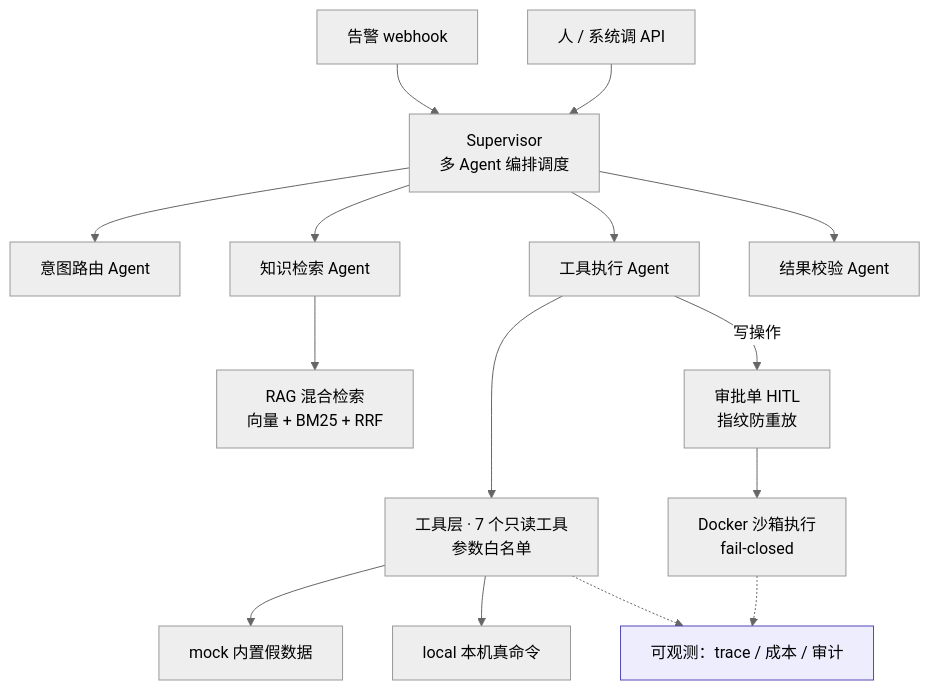
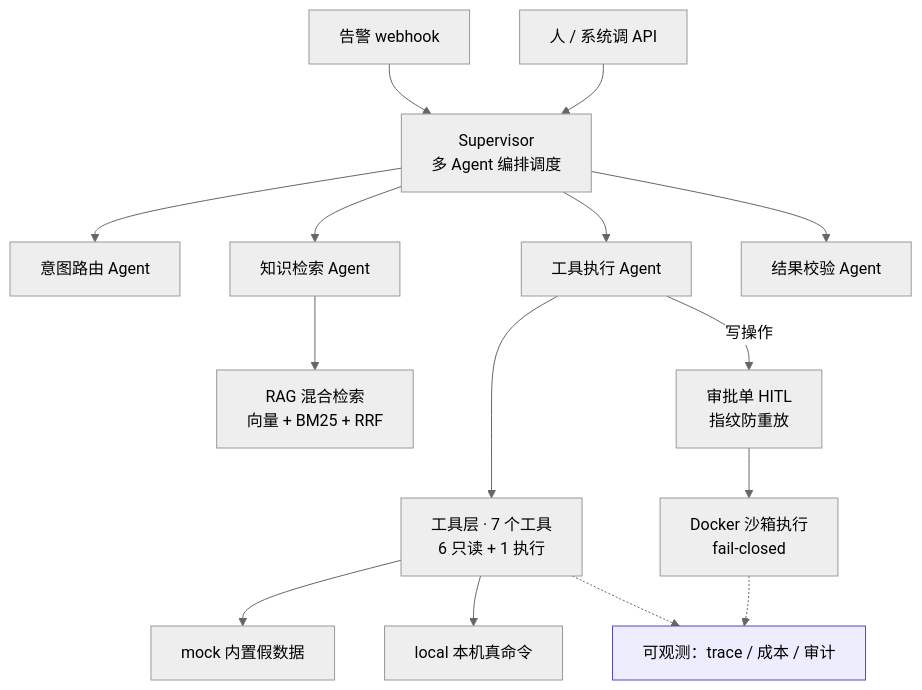
The diagram in README.md (wang-25/agentdesk), drawn with Mermaid (neutral theme) before and after one commit. The commit also changed other lines of this file and 15 other files, not shown here.

````diff
--- a/README.md
+++ b/README.md
@@ -70,26 +70,26 @@
 ```mermaid
 flowchart TB
     S["Supervisor<br/>多 Agent 编排调度"]
 
     A1["告警 webhook"] --> S
     A2["人 / 系统调 API"] --> S
 
     S --> I["意图路由 Agent"]
     S --> K["知识检索 Agent"]
     S --> D["工具执行 Agent"]
     S --> V["结果校验 Agent"]
 
     K --> R["RAG 混合检索<br/>向量 + BM25 + RRF"]
-    D --> T["工具层 · 7 个只读工具<br/>参数白名单"]
+    D --> T["工具层 · 7 个工具<br/>6 只读 + 1 执行"]
     T --> M["mock 内置假数据"]
     T --> L["local 本机真命令"]
 
     D -->|写操作| H["审批单 HITL<br/>指纹防重放"]
     H --> C["Docker 沙箱执行<br/>fail-closed"]
 
     OBS["可观测：trace / 成本 / 审计"]:::obs
     T -.-> OBS
     C -.-> OBS
 
     classDef obs fill:#EEEDFE,stroke:#534AB7,stroke-width:1px
 ```
````
